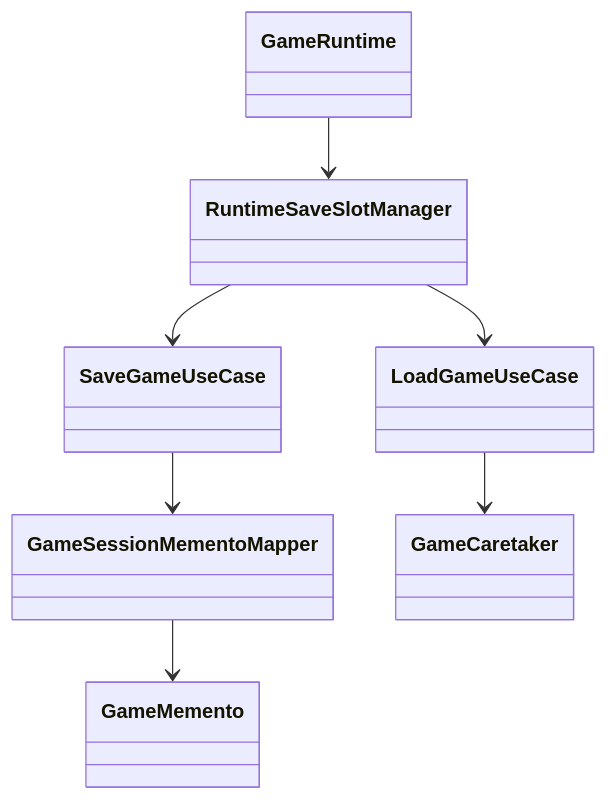
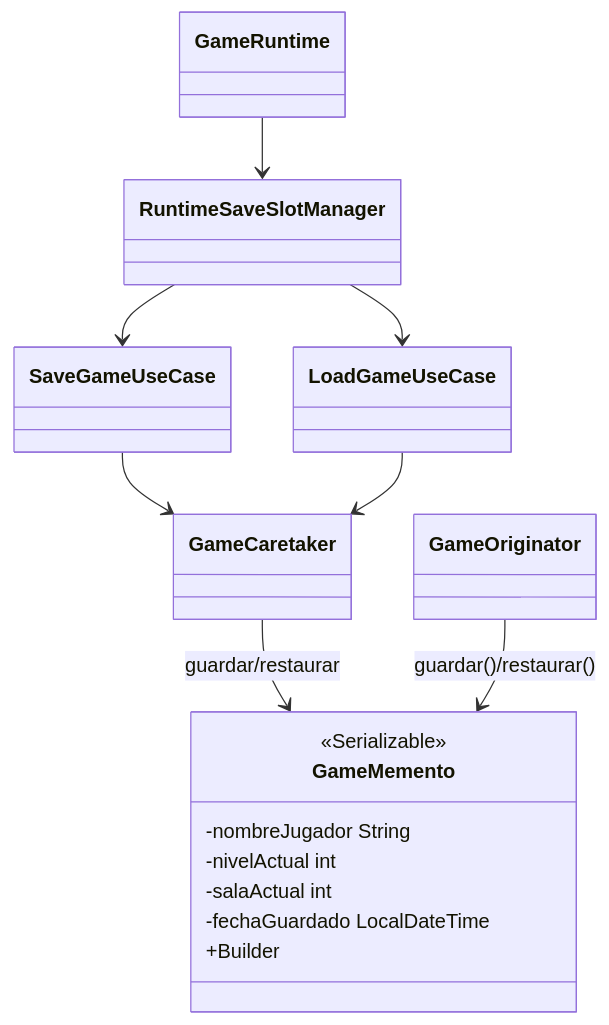
One commit to Craos6518/dungeon-crawler-patterns changed the diagram in docs/03-patterns/memento.md. Above: the diagram before and after it, drawn with Mermaid. The commit also changed other lines of this file and 12 other files, not shown here.

````diff
--- a/docs/03-patterns/memento.md
+++ b/docs/03-patterns/memento.md
@@ -28,9 +31,18 @@
 ```mermaid
 classDiagram
+    class GameMemento {
+        <<Serializable>>
+        -nombreJugador String
+        -nivelActual int
+        -salaActual int
+        -fechaGuardado LocalDateTime
+        +Builder
+    }
     GameRuntime --> RuntimeSaveSlotManager
     RuntimeSaveSlotManager --> SaveGameUseCase
     RuntimeSaveSlotManager --> LoadGameUseCase
-    SaveGameUseCase --> GameSessionMementoMapper
-    GameSessionMementoMapper --> GameMemento
+    SaveGameUseCase --> GameCaretaker
     LoadGameUseCase --> GameCaretaker
+    GameCaretaker --> GameMemento : guardar/restaurar
+    GameOriginator --> GameMemento : guardar()/restaurar()
 ```
````
